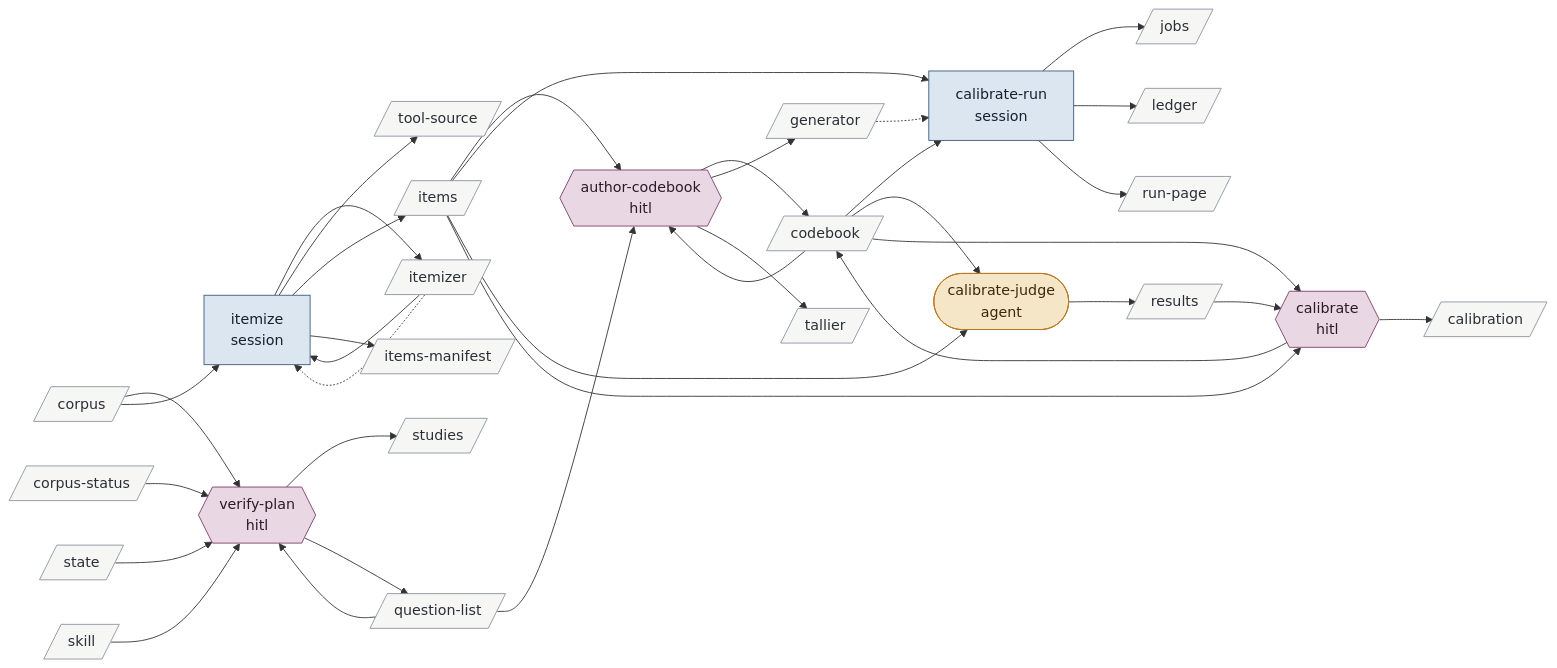
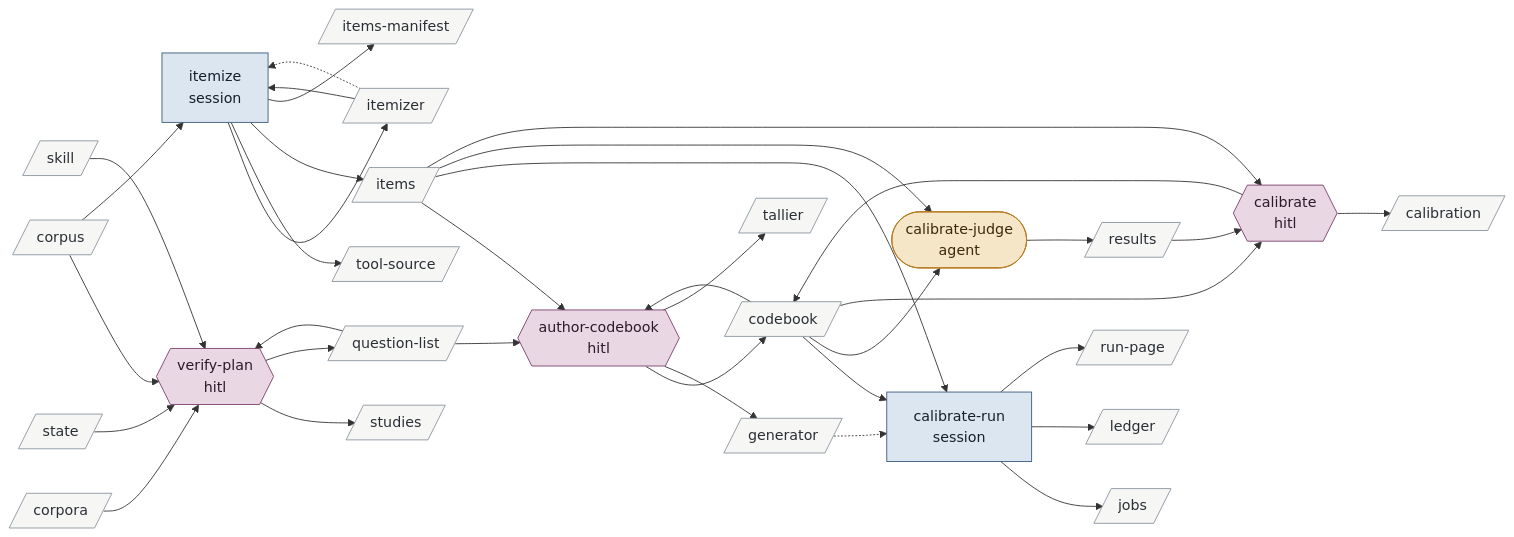
One commit to bc414/StoryPlanner changed the ninth of 15 diagrams in .claude/skills/v3-buildout-2/map.md. Above: the diagram before and after it, drawn with Mermaid. The commit also changed other lines of this file and 38 other files, not shown here.

````diff
--- a/.claude/skills/v3-buildout-2/map.md
+++ b/.claude/skills/v3-buildout-2/map.md
@@ -347,68 +347,68 @@
 ```mermaid
 flowchart LR
   classDef hitl fill:#e9d8e4,stroke:#7a3e6d,color:#2b1a27
   classDef session fill:#dce6f0,stroke:#3b5b7c,color:#14202c
   classDef agent fill:#f5e6c8,stroke:#b7791f,color:#3a2a08
   classDef artifact fill:#f6f6f4,stroke:#8a94a0,color:#2a2f36
   classDef activity fill:#dcebdd,stroke:#4b7f52,color:#122816
   classDef terminus fill:#e4e4ea,stroke:#5b5b7a,color:#1c1c2c
   verifyplan{{"verify-plan<br/>hitl"}}:::hitl
   itemize["itemize<br/>session"]:::session
   authorcodebook{{"author-codebook<br/>hitl"}}:::hitl
   calibraterun["calibrate-run<br/>session"]:::session
   calibratejudge(["calibrate-judge<br/>agent"]):::agent
   calibrate{{"calibrate<br/>hitl"}}:::hitl
   calibration[/"calibration"/]:::artifact
   codebook[/"codebook"/]:::artifact
+  corpora[/"corpora"/]:::artifact
   corpus[/"corpus"/]:::artifact
-  corpusstatus[/"corpus-status"/]:::artifact
   generator[/"generator"/]:::artifact
   itemizer[/"itemizer"/]:::artifact
   items[/"items"/]:::artifact
   itemsmanifest[/"items-manifest"/]:::artifact
   jobs[/"jobs"/]:::artifact
   ledger[/"ledger"/]:::artifact
   questionlist[/"question-list"/]:::artifact
   results[/"results"/]:::artifact
   runpage[/"run-page"/]:::artifact
   skill[/"skill"/]:::artifact
   state[/"state"/]:::artifact
   studies[/"studies"/]:::artifact
   tallier[/"tallier"/]:::artifact
   toolsource[/"tool-source"/]:::artifact
 
   questionlist --> verifyplan
-  corpusstatus --> verifyplan
+  corpora --> verifyplan
   corpus --> verifyplan
   state --> verifyplan
   skill --> verifyplan
   verifyplan --> studies
   verifyplan --> questionlist
   corpus --> itemize
   itemizer --> itemize
   itemizer -.-> itemize
   itemize --> itemizer
   itemize --> toolsource
   itemize --> items
   itemize --> itemsmanifest
   questionlist --> authorcodebook
   items --> authorcodebook
   codebook --> authorcodebook
   authorcodebook --> codebook
   authorcodebook --> generator
   authorcodebook --> tallier
   codebook --> calibraterun
   items --> calibraterun
   generator -.-> calibraterun
   calibraterun --> jobs
   calibraterun --> ledger
   calibraterun --> runpage
   codebook --> calibratejudge
   items --> calibratejudge
   calibratejudge --> results
   items --> calibrate
   results --> calibrate
   codebook --> calibrate
   calibrate --> calibration
   calibrate --> codebook
 ```
````
